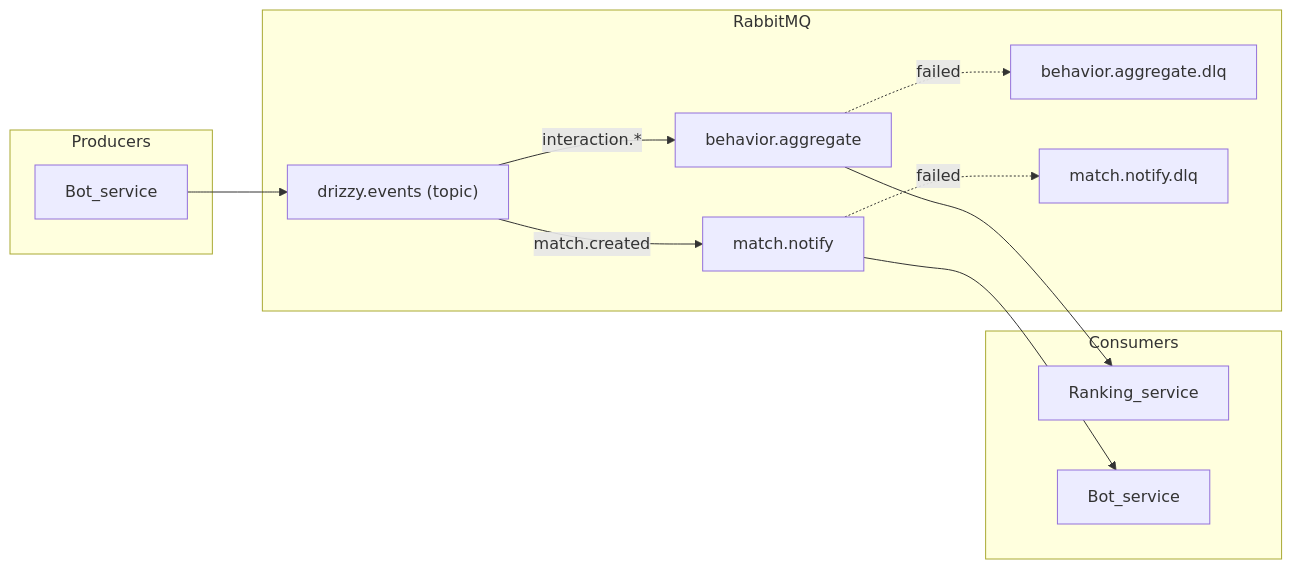
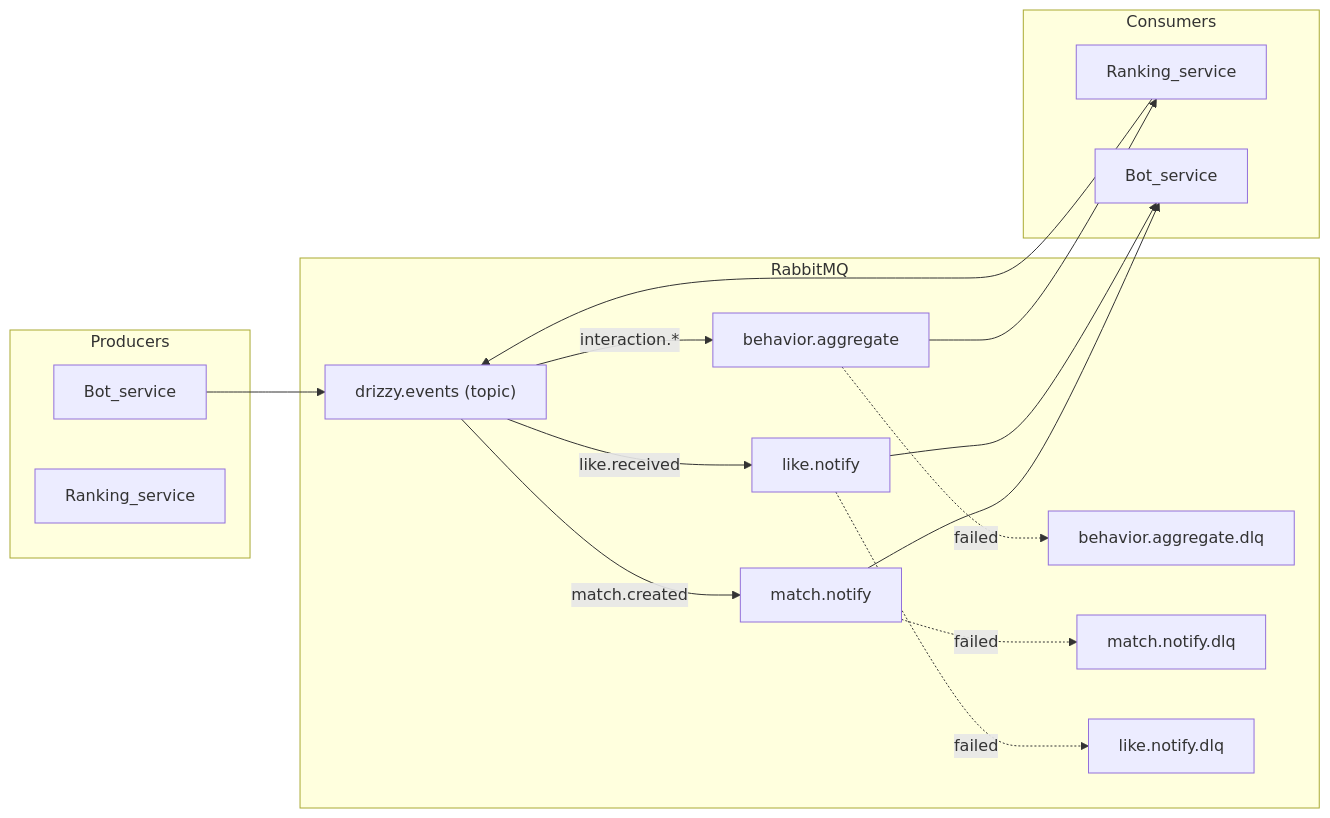
The second of 3 diagrams in docs/architecture.md (kurt4ins/drizzy), drawn with Mermaid before and after one commit. The commit also changed other lines of this file and 36 other files, not shown here.

````diff
--- a/docs/architecture.md
+++ b/docs/architecture.md
@@ -71,24 +73,31 @@
 ```mermaid
 flowchart LR
   subgraph producers [Producers]
     Bot[Bot_service]
+    Rank2[Ranking_service]
   end
   subgraph rmq [RabbitMQ]
     EX["drizzy.events (topic)"]
     Q1[behavior.aggregate]
     Q2[match.notify]
+    Q3[like.notify]
     DLQ1[behavior.aggregate.dlq]
     DLQ2[match.notify.dlq]
+    DLQ3[like.notify.dlq]
   end
   subgraph consumers [Consumers]
     Rank[Ranking_service]
     BotC[Bot_service]
   end
   Bot --> EX
   EX -->|"interaction.*"| Q1
+  Q1 --> Rank
+  Rank --> EX
   EX -->|"match.created"| Q2
-  Q1 --> Rank
+  EX -->|"like.received"| Q3
   Q2 --> BotC
+  Q3 --> BotC
   Q1 -.->|failed| DLQ1
   Q2 -.->|failed| DLQ2
+  Q3 -.->|failed| DLQ3
 ```
````
